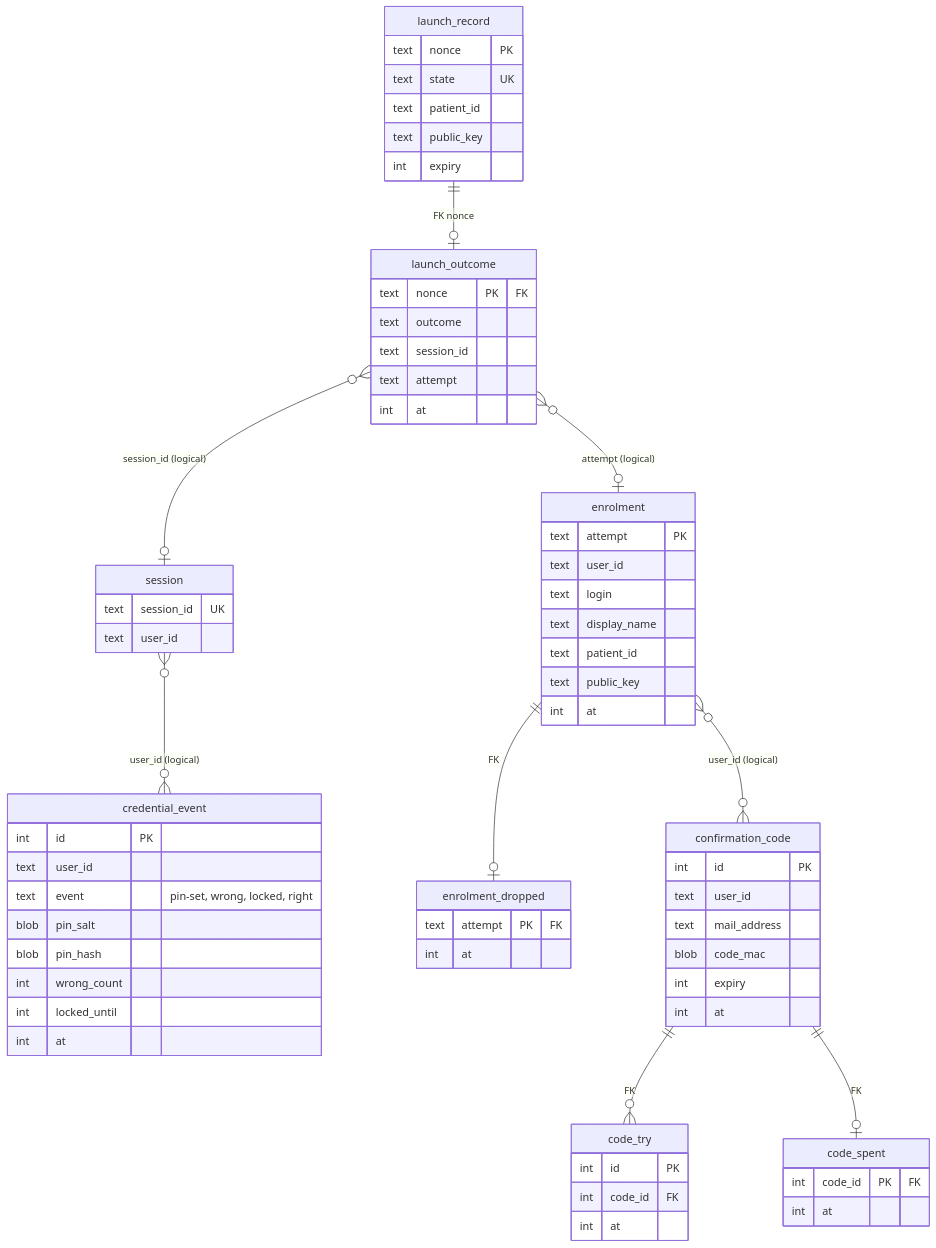
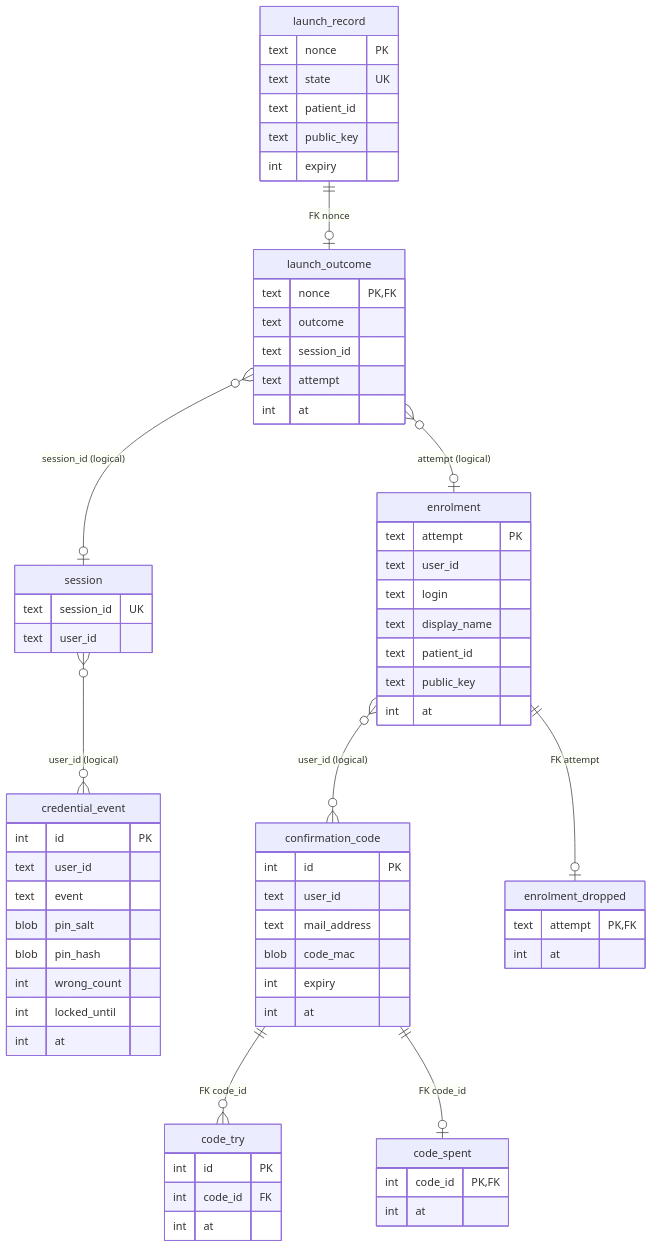
Before and after one commit to halcwb/GenPRES: the fifth of 5 diagrams in ARCHITECTURE.md, drawn with Mermaid. The commit also changed other lines of this file and 2 other files, not shown here.

First line of the commit message:
docs: generate the schema diagrams from migrations

````diff
--- a/ARCHITECTURE.md
+++ b/ARCHITECTURE.md
@@ -261,69 +269,69 @@
 ```mermaid
 erDiagram
     launch_record {
         text nonce PK
         text state UK
         text patient_id
         text public_key
         int expiry
     }
     launch_outcome {
-        text nonce PK "FK"
+        text nonce PK, FK
         text outcome
         text session_id
         text attempt
         int at
     }
     session {
         text session_id UK
         text user_id
     }
-    enrolment {
-        text attempt PK
-        text user_id
-        text login
-        text display_name
-        text patient_id
-        text public_key
-        int at
-    }
-    enrolment_dropped {
-        text attempt PK "FK"
-        int at
-    }
     credential_event {
         int id PK
         text user_id
-        text event "pin-set, wrong, locked, right"
+        text event
         blob pin_salt
         blob pin_hash
         int wrong_count
         int locked_until
         int at
     }
     confirmation_code {
         int id PK
         text user_id
         text mail_address
         blob code_mac
         int expiry
         int at
     }
     code_try {
         int id PK
         int code_id FK
         int at
     }
     code_spent {
-        int code_id PK "FK"
+        int code_id PK, FK
+        int at
+    }
+    enrolment {
+        text attempt PK
+        text user_id
+        text login
+        text display_name
+        text patient_id
+        text public_key
+        int at
+    }
+    enrolment_dropped {
+        text attempt PK, FK
         int at
     }
     launch_record ||--o| launch_outcome : "FK nonce"
+    confirmation_code ||--o{ code_try : "FK code_id"
+    confirmation_code ||--o| code_spent : "FK code_id"
+    enrolment ||--o| enrolment_dropped : "FK attempt"
     launch_outcome }o--o| session : "session_id (logical)"
     launch_outcome }o--o| enrolment : "attempt (logical)"
-    enrolment ||--o| enrolment_dropped : "FK"
     session }o--o{ credential_event : "user_id (logical)"
     enrolment }o--o{ confirmation_code : "user_id (logical)"
-    confirmation_code ||--o{ code_try : "FK"
-    confirmation_code ||--o| code_spent : "FK"
 ```
````
